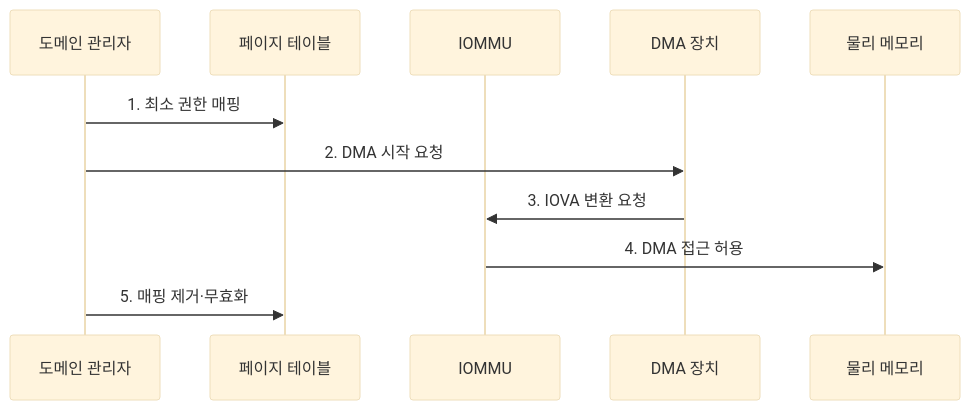
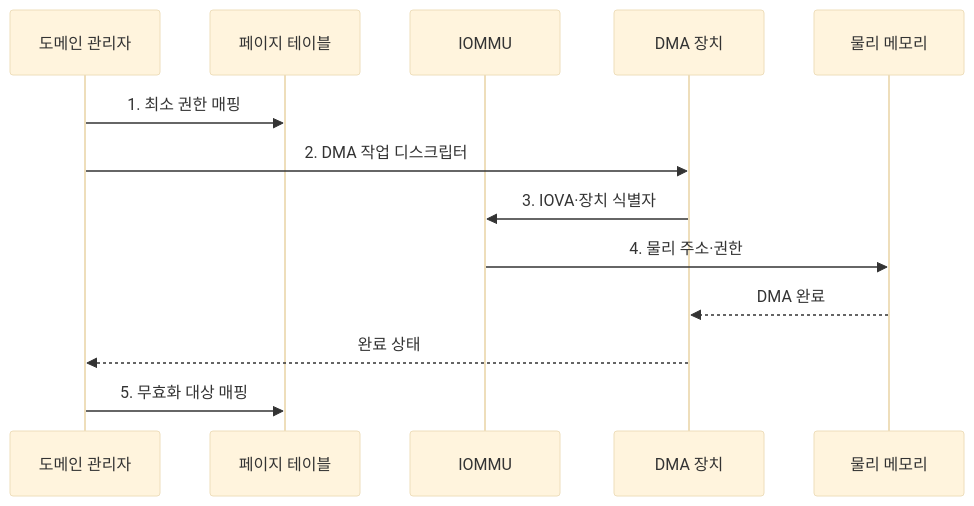
Before and after one commit to agnusdei1207/knowledge-base: the second of 2 diagrams in src/content/docs/notes/02-hardware/086_iommu.md, drawn with Mermaid (base theme). The commit also changed other lines of this file and 14 other files, not shown here.

````diff
--- a/src/content/docs/notes/02-hardware/086_iommu.md
+++ b/src/content/docs/notes/02-hardware/086_iommu.md
@@ -84,13 +85,15 @@
 ```mermaid
 sequenceDiagram
     participant R as 도메인 관리자
     participant T as 페이지 테이블
     participant I as IOMMU
     participant D as DMA 장치
     participant M as 물리 메모리
     R->>T: 1. 최소 권한 매핑
-    R->>D: 2. DMA 시작 요청
-    D->>I: 3. IOVA 변환 요청
-    I->>M: 4. DMA 접근 허용
-    R->>T: 5. 매핑 제거·무효화
+    R->>D: 2. DMA 작업 디스크립터
+    D->>I: 3. IOVA·장치 식별자
+    I->>M: 4. 물리 주소·권한
+    M-->>D: DMA 완료
+    D-->>R: 완료 상태
+    R->>T: 5. 무효화 대상 매핑
 ```
````
